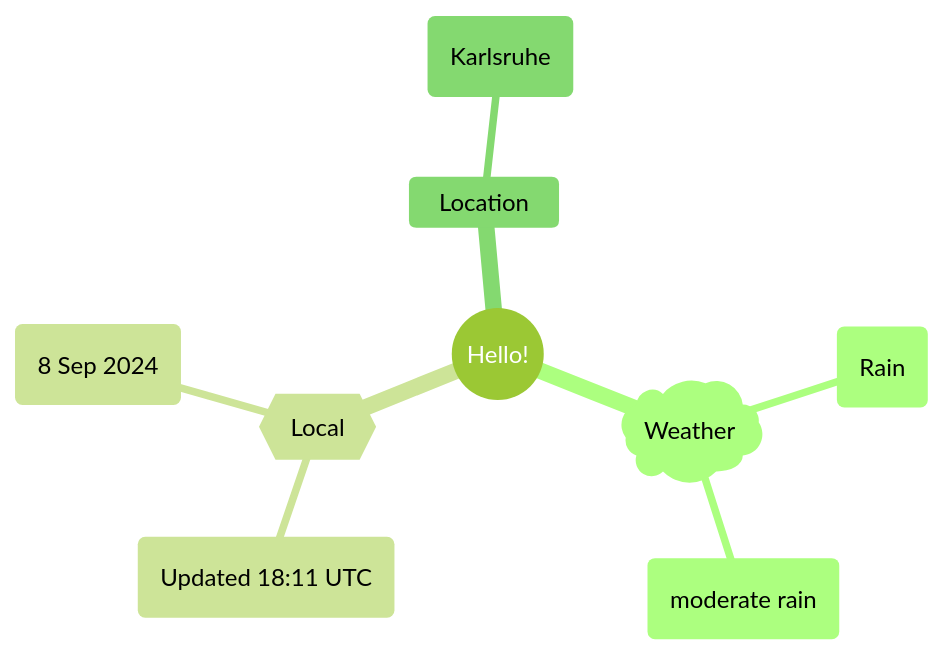
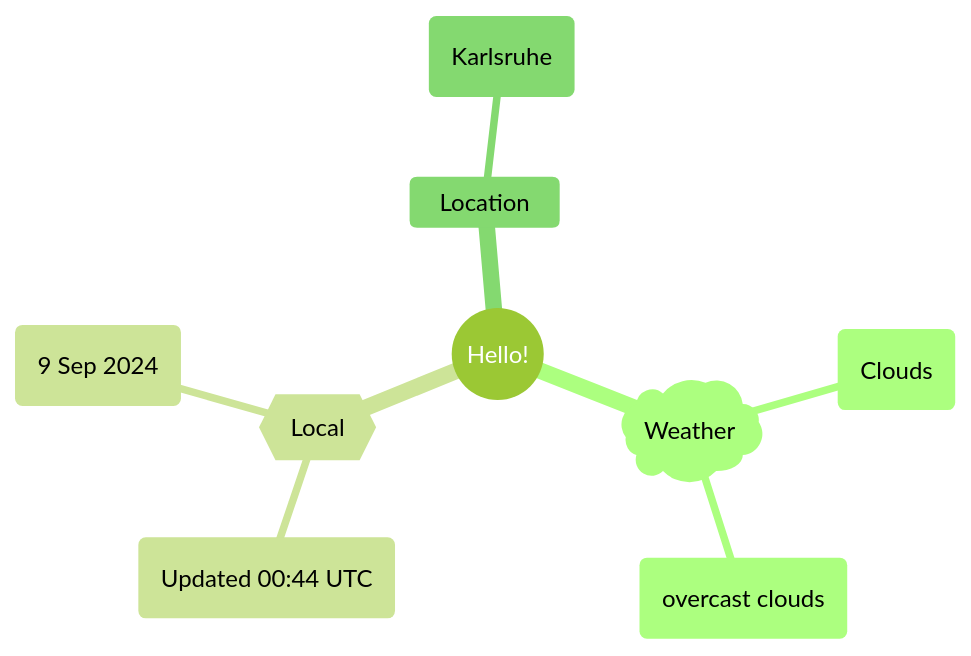
One commit to Xosrov/Xosrov changed the first of 2 diagrams in README.md. Above: the diagram before and after it, drawn with Mermaid (forest theme).

Commit message:
[bot] updated images

````diff
--- a/README.md
+++ b/README.md
@@ -3,12 +3,12 @@
 ```mermaid
 mindmap
   root((Hello!))
     )Weather(
-        (Rain)
-        (moderate rain)
+        (Clouds)
+        (overcast clouds)
     {{Local}}
-        (Updated 18:11 UTC)
-        (8 Sep 2024)
+        (Updated 00:44 UTC)
+        (9 Sep 2024)
     Location
         (Karlsruhe)
 ```
````
